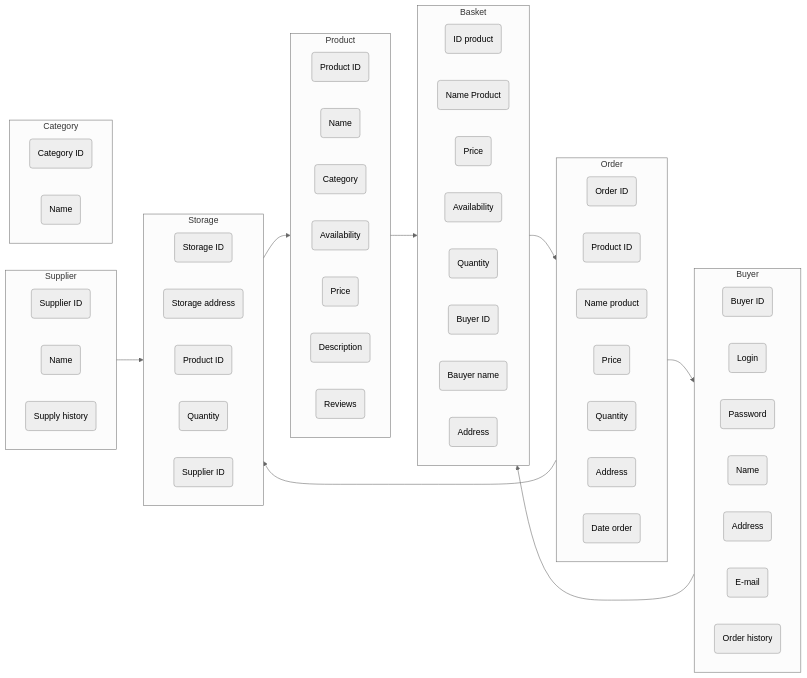
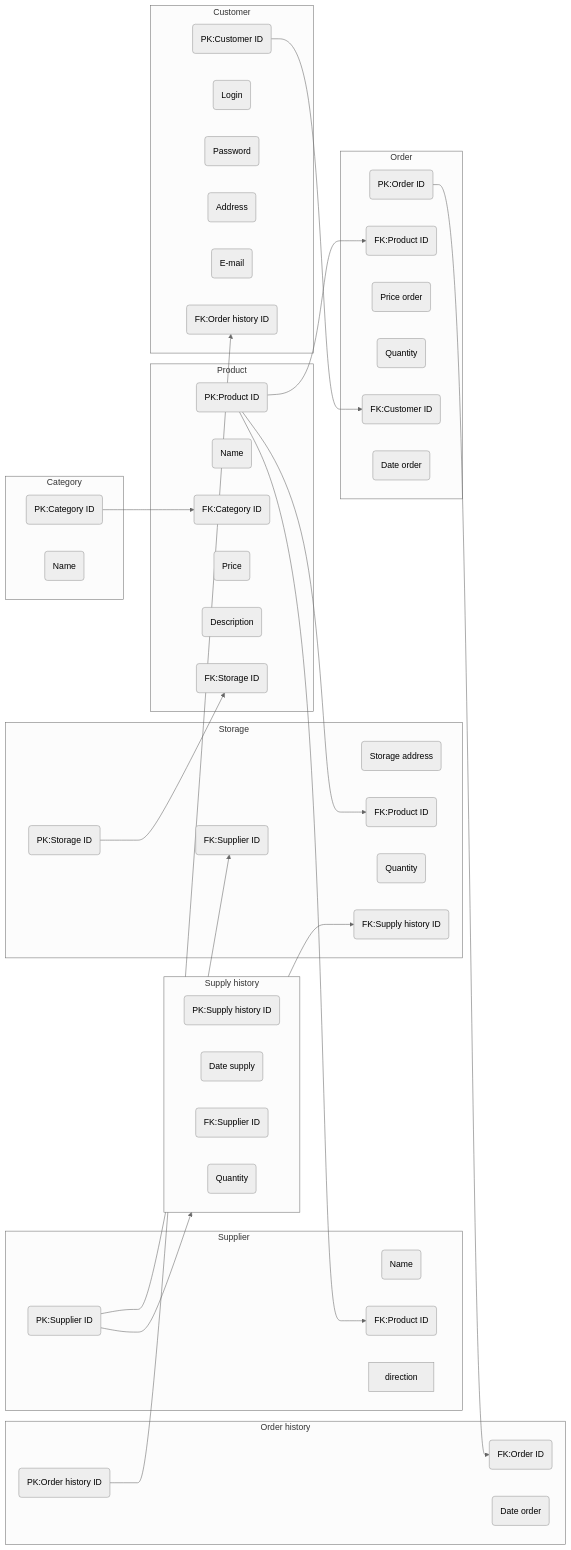
One commit to Sparrow0v0/Shop changed the diagram in docs/entities.md. Above: the diagram before and after it, drawn with Mermaid (neutral theme).

````diff
--- a/docs/entities.md
+++ b/docs/entities.md
@@ -1,77 +1,78 @@
 ```mermaid
 
 
 flowchart LR
 subgraph "Product"
-direction  LR
-    1(Product ID)
+
+    1(PK:Product ID)
     2(Name)
-    3(Сategory)
-    4(Availability)
-    5(Price)
-    6(Description)
-    7(Reviews)
+    3(FK:Сategory ID)
+    4(Price)
+    5(Description)
+    6(FK:Storage ID)
 end
 
-subgraph "Buyer"
-direction LR
-    8(Buyer ID)
-    9(Login)
-    10(Password)
-    11(Name)
-    12(Address)
-    13(E-mail)
-    14(Order history)
+
+subgraph "Customer"
+ 
+    7(PK:Customer ID)
+    8(Login)
+    9(Password)
+    10(Address)
+    11(E-mail)
+    12(FK:Order history ID)
 end
 
-subgraph "Basket"
-direction LR
-    15(ID product)
-    16(Name Product)
-    17(Price)
-    18(Availability)
-    19(Quantity)
-    20(Buyer ID)
-    21(Bauyer name)
-    22(Address)
-end
 
 subgraph "Order"
-direction LR
-    23(Order ID)
-    24(Product ID )
-    25(Name product)
-    26(Price)
-    27(Quantity)
-    28(Address)
-    29(Date order)
+
+    13(PK:Order ID)
+    14(FK:Product ID )
+    15(Price order)
+    16(Quantity)
+    17(FK:Customer ID)
+    18(Date order)
 end
 
 subgraph "Storage"
-direction LR
-    30(Storage ID)
-    31(Storage address)
-    32(Product ID)
-    33(Quantity)
-    34(Supplier ID)
+
+    19(PK:Storage ID)
+    20(Storage address)
+    21(FK:Product ID)
+    22(Quantity)
+    23(FK:Supplier ID)
+    27(FK:Supply history ID)
 end
 subgraph "Supplier"
-direction LR
-    35(Supplier ID)
-    36(Name)
-    37(Supply history)
+direction 
+    24(PK:Supplier ID)
+    25(Name)
+    26(FK:Product ID)
+    
 end
-subgraph "Сategory"
-direction LR
-    38(Category ID)
-    39(Name)
+subgraph "Category"
+
+    28(PK:Category ID)
+    29(Name)
 end
 
-Product-->Basket
-Buyer-->Basket
-Order-->Buyer
-Basket-->Order
-Storage-->Product
-Supplier-->Storage
-Order-->Storage
+subgraph "Order history"
+
+    30(PK:Order history ID)
+    31(FK:Order ID)
+    32(Date order)
+end
+
+subgraph "Supply history"
+direction LR
+    33(PK:Supply history ID)
+    34(Date supply)
+    35(FK:Supplier ID)
+    36(Quantity)
+
+end
+
+7-->17; 28-->3; 1-->21; 19-->6; 24-->23; 1-->14; 1-->26; 30-->12; 13-->31; 24-->35; 33-->27
+
+
 ```
````
